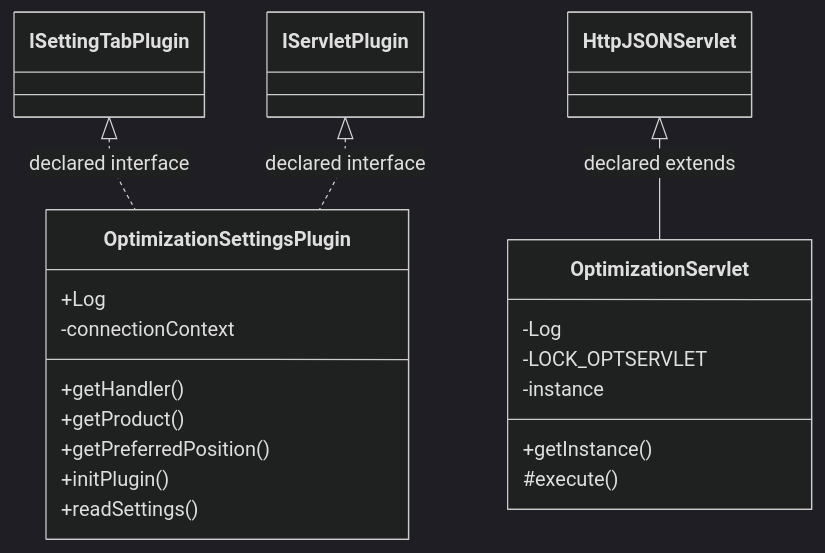
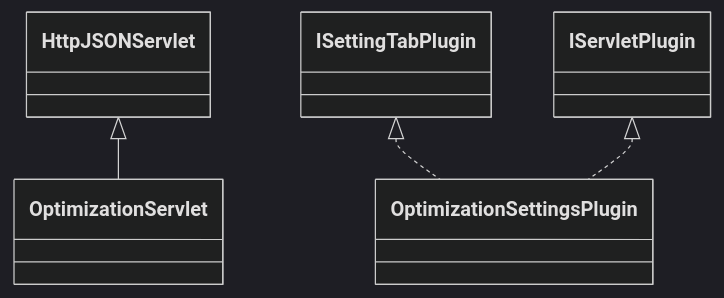
The diagram in docs/sqx/Shared/SettingsOptimization.md (haruperi/HaruQuantAI), drawn with Mermaid (dark theme) before and after one commit. The commit also changed other lines of this file and 1688 other files, not shown here.

````diff
--- a/docs/sqx/Shared/SettingsOptimization.md
+++ b/docs/sqx/Shared/SettingsOptimization.md
@@ -30,25 +26,11 @@
 ```mermaid
 classDiagram
-    class Cf5dab81b5717["OptimizationServlet"] {
-        -Log
-        -LOCK_OPTSERVLET
-        -instance
-        +getInstance()
-        #execute()
-    }
-    class Ca98b45c4af93["OptimizationSettingsPlugin"] {
-        +Log
-        -connectionContext
-        +getHandler()
-        +getProduct()
-        +getPreferredPosition()
-        +initPlugin()
-        +readSettings()
-    }
-    class C249b5c671b1a["IServletPlugin"]
-    class C27734eb41505["ISettingTabPlugin"]
-    class C8900f90ae594["HttpJSONServlet"]
-    C8900f90ae594 <|-- Cf5dab81b5717 : declared extends
-    C27734eb41505 <|.. Ca98b45c4af93 : declared interface
-    C249b5c671b1a <|.. Ca98b45c4af93 : declared interface
+    class C0["OptimizationServlet"]
+    class C1["OptimizationSettingsPlugin"]
+    class E0["HttpJSONServlet"]
+    E0 <|-- C0
+    class E1["ISettingTabPlugin"]
+    E1 <|.. C1
+    class E2["IServletPlugin"]
+    E2 <|.. C1
 ```
````
